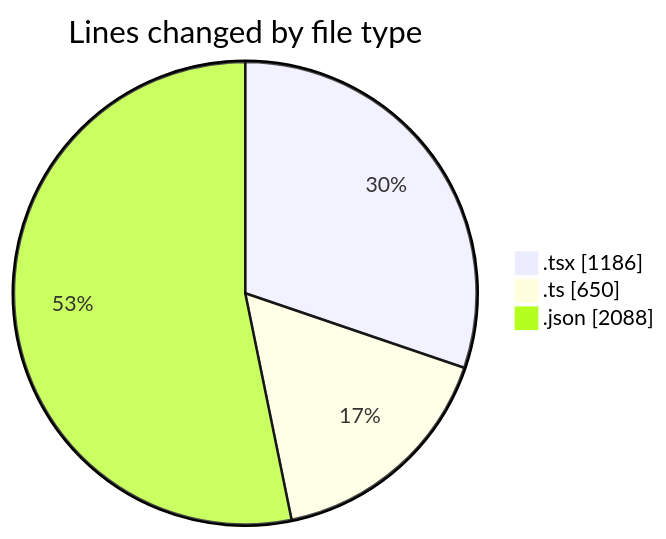
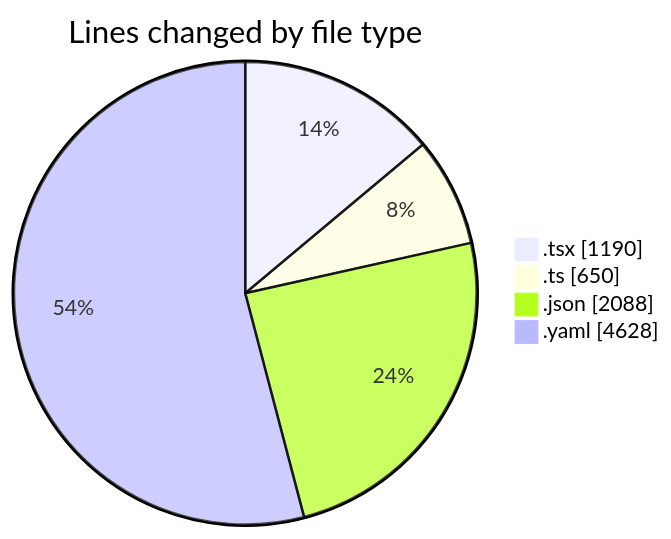
One commit to julien-gomy/code-tracking changed the first of 2 diagrams in 2025-10-31/eventscop-frontend-guide__workspace_/README.md. Above: the diagram before and after it, drawn with Mermaid. The commit also changed other lines of this file and 1 other file, not shown here.

````diff
--- a/2025-10-31/eventscop-frontend-guide__workspace_/README.md
+++ b/2025-10-31/eventscop-frontend-guide__workspace_/README.md
@@ -32,7 +33,8 @@
 ```mermaid
 pie showData
 title Lines changed by file type
-".tsx" : 1186
+".tsx" : 1190
 ".ts" : 650
 ".json" : 2088
+".yaml" : 4628
 ```
````
